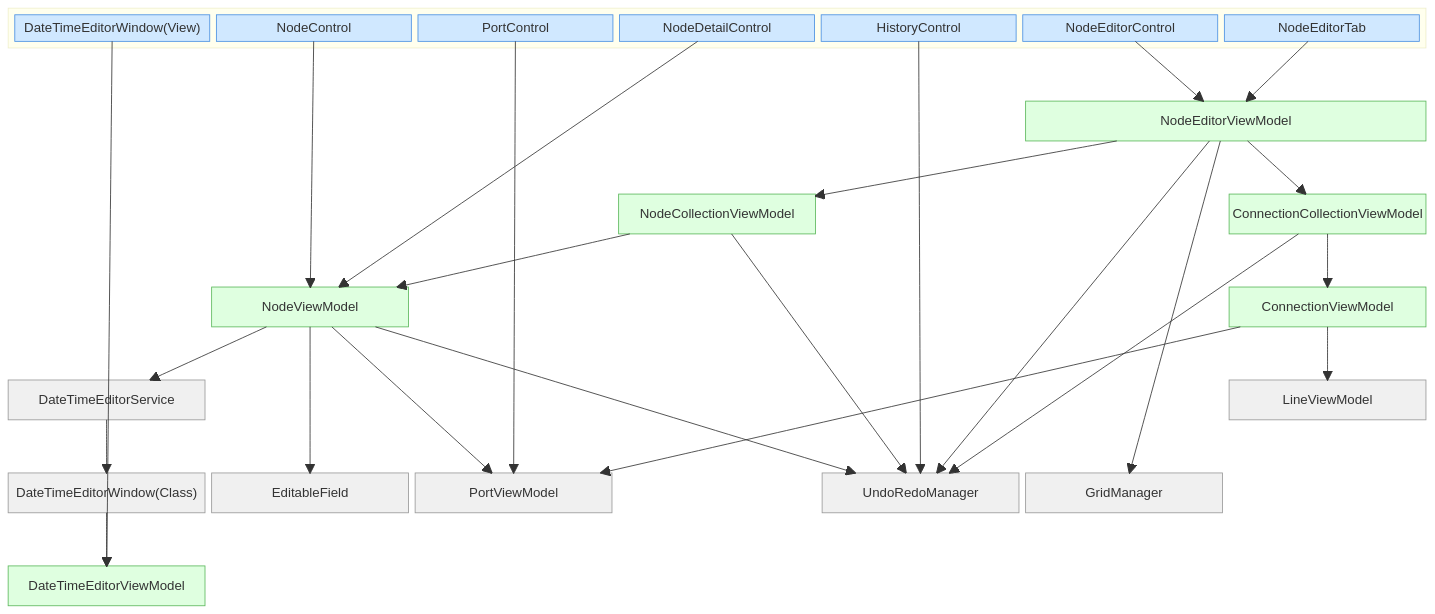
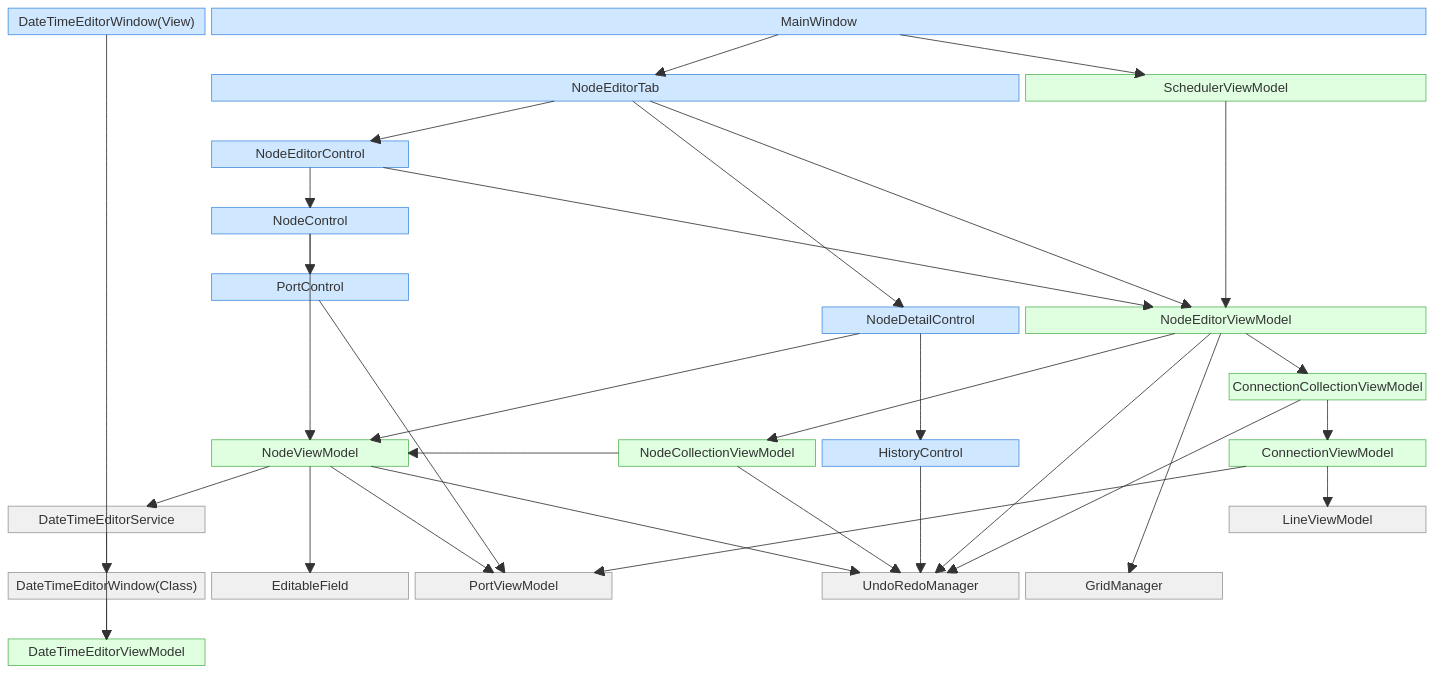
Before and after one commit to WhiteCatMonar/WcmScheduler: the diagram in README.md, drawn with Mermaid. The commit also changed other lines of this file and 6 other files, not shown here.

```diff
--- a/README.md
+++ b/README.md
@@ -107,29 +108,42 @@
     columns 7
 
     %% ============================
-    %% Views
+    %% Layouts (Views / ViewModels)
     %% ============================
-    block:views:7
-        columns 7
-        DateTimeEditorWindow_View["DateTimeEditorWindow(View)"]
-        NodeControl
-        PortControl
-        NodeDetailControl
-        HistoryControl
-        NodeEditorControl
-        NodeEditorTab
-    end
+    DateTimeEditorWindow_View["DateTimeEditorWindow(View)"]
+    MainWindow:6
 
     space:7
 
-    %% ============================
-    %% Class (ViewModels / Core)
-    %% ============================
+    space
+    NodeEditorTab:4
+    SchedulerViewModel:2
+    
+    space:7
+    
+    space
+    NodeEditorControl
+    space:2
+    space
+    space:2
+    
+    space:7
+    
+    space
+    NodeControl
+    space:5
+
+    space:7
+
+    space
+    PortControl
+    space:5
+
     space
     space
     space
     space
-    space
+    NodeDetailControl
     NodeEditorViewModel:2
 
     space:7
@@ -137,7 +151,7 @@
     space
     space
     space
-    NodeCollectionViewModel
+    space
     space
     space
     ConnectionCollectionViewModel
@@ -146,7 +160,9 @@
 
     space
     NodeViewModel
-    space:3
+    space
+    NodeCollectionViewModel
+    HistoryControl
     space
     ConnectionViewModel
     
@@ -173,8 +189,32 @@
     space:6
 
     %% ============================
+    %% Dependencies (View)
+    %% ============================
+    MainWindow --> NodeEditorTab
+    NodeEditorTab --> NodeEditorControl
+    NodeEditorTab --> NodeDetailControl
+    NodeDetailControl --> HistoryControl
+    NodeEditorControl --> NodeControl
+    NodeControl --> PortControl
+
+    %% ============================
+    %% Dependencies (View → ViewModel)
+    %% ============================
+    MainWindow --> SchedulerViewModel
+    NodeEditorControl --> NodeEditorViewModel
+    NodeControl --> NodeViewModel
+    PortControl --> PortViewModel
+    NodeDetailControl --> NodeViewModel
+    HistoryControl --> UndoRedoManager
+    NodeEditorTab --> NodeEditorViewModel
+    DateTimeEditorWindow_View --> DateTimeEditorViewModel
+
+    %% ============================
     %% Dependencies (ViewModel)
     %% ============================
+    SchedulerViewModel --> NodeEditorViewModel
+
     NodeEditorViewModel --> NodeCollectionViewModel
     NodeEditorViewModel --> ConnectionCollectionViewModel
     NodeEditorViewModel --> GridManager
@@ -197,23 +237,13 @@
     DateTimeEditorService --> DateTimeEditorWindow_Class
     DateTimeEditorWindow_Class --> DateTimeEditorViewModel
 
-    %% ============================
-    %% Dependencies (View → ViewModel)
-    %% ============================
-    NodeEditorControl --> NodeEditorViewModel
-    NodeControl --> NodeViewModel
-    PortControl --> PortViewModel
-    NodeDetailControl --> NodeViewModel
-    HistoryControl --> UndoRedoManager
-    NodeEditorTab --> NodeEditorViewModel
-    DateTimeEditorWindow_View --> DateTimeEditorViewModel
-
     
     %% ============================
     %% Coloring
     %% ============================
 
     %% Views (blue)
+    style MainWindow fill:#D0E8FF,stroke:#4A90E2,color:#000000
     style DateTimeEditorWindow_View fill:#D0E8FF,stroke:#4A90E2,color:#000000
     style NodeControl fill:#D0E8FF,stroke:#4A90E2,color:#000000
     style PortControl fill:#D0E8FF,stroke:#4A90E2,color:#000000
@@ -223,6 +253,7 @@
     style NodeEditorTab fill:#D0E8FF,stroke:#4A90E2,color:#000000
 
     %% ViewModels (green)
+    style SchedulerViewModel fill:#DFFFE0,stroke:#5CB85C,color:#000000
     style NodeEditorViewModel fill:#DFFFE0,stroke:#5CB85C,color:#000000
     style NodeCollectionViewModel fill:#DFFFE0,stroke:#5CB85C,color:#000000
     style ConnectionCollectionViewModel fill:#DFFFE0,stroke:#5CB85C,color:#000000
```
